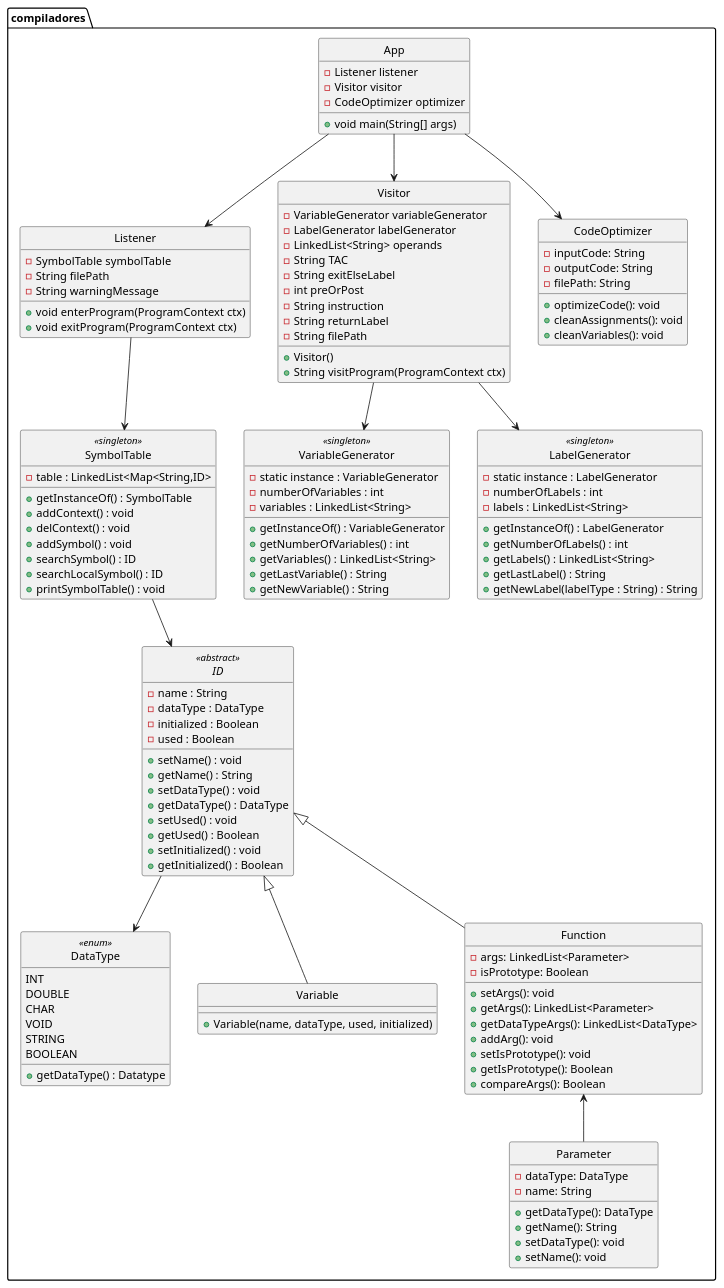
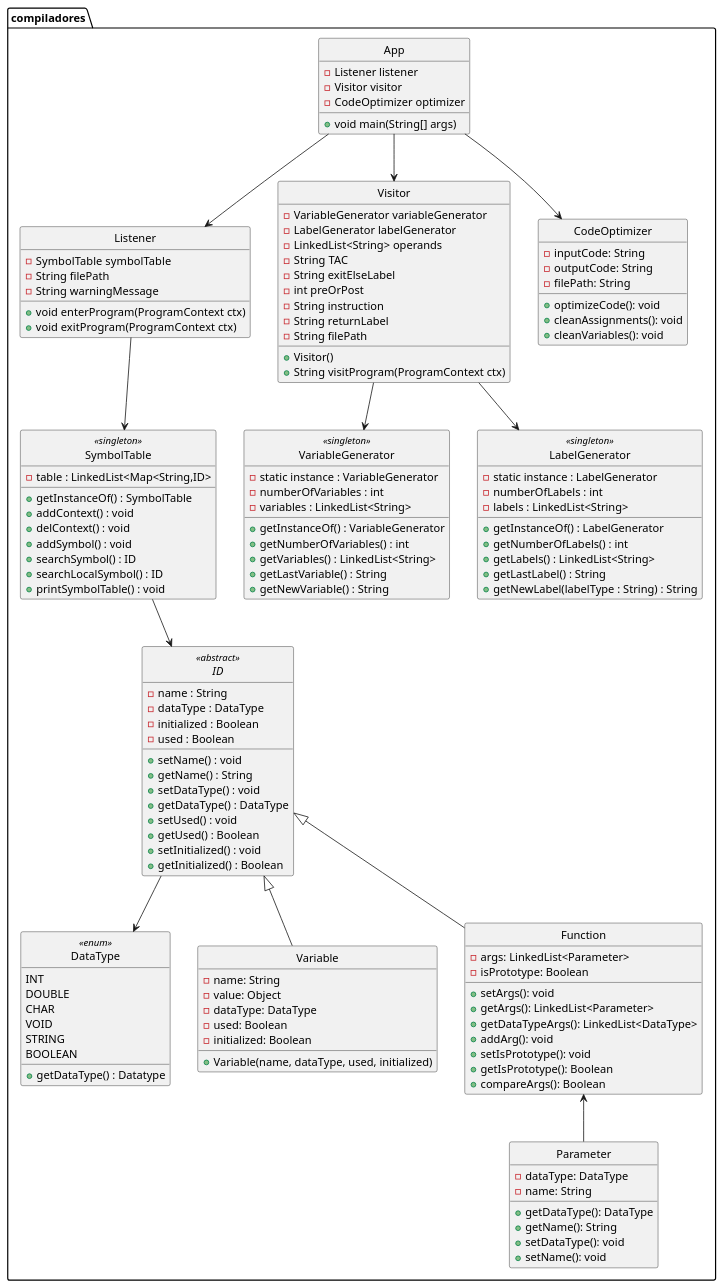
One commit to manugcr/Compiladores changed the diagram in proyectobase/UML/GeneralDiagram.puml. Above: the diagram before and after it, drawn with PlantUML. The commit also changed 4 other files, not shown here.

```diff
--- a/proyectobase/UML/GeneralDiagram.puml
+++ b/proyectobase/UML/GeneralDiagram.puml
@@ -6,153 +6,156 @@
 @startuml App
 
 hide circle
 
 class compiladores.App {
     - Listener listener
     - Visitor visitor
     - CodeOptimizer optimizer
     + void main(String[] args)
 }
 
 
 
 
 class compiladores.Listener {
     - SymbolTable symbolTable
     - String filePath
     - String warningMessage
     + void enterProgram(ProgramContext ctx)
     + void exitProgram(ProgramContext ctx)
 }
 
 
 
 
 class compiladores.Visitor {
     - VariableGenerator variableGenerator
     - LabelGenerator labelGenerator
     - LinkedList<String> operands
     - String TAC
     - String exitElseLabel
     - int preOrPost
     - String instruction
     - String returnLabel
     - String filePath
     + Visitor()
     + String visitProgram(ProgramContext ctx)
 }
 
 class compiladores.VariableGenerator <<singleton>> {
     - static instance : VariableGenerator
     - numberOfVariables : int
     - variables : LinkedList<String>
     + getInstanceOf() : VariableGenerator
     + getNumberOfVariables() : int
     + getVariables() : LinkedList<String>
     + getLastVariable() : String
     + getNewVariable() : String
 }
 
 class compiladores.LabelGenerator <<singleton>> {
     - static instance : LabelGenerator
     - numberOfLabels : int
     - labels : LinkedList<String>
     + getInstanceOf() : LabelGenerator
     + getNumberOfLabels() : int
     + getLabels() : LinkedList<String>
     + getLastLabel() : String
     + getNewLabel(labelType : String) : String
 }
 
 
 
 
 class compiladores.CodeOptimizer {
     - inputCode: String
     - outputCode: String
     - filePath: String
     + optimizeCode(): void
     + cleanAssignments(): void
     + cleanVariables(): void
 }
 
 
 
 
 class compiladores.SymbolTable <<singleton>> {
     - table : LinkedList<Map<String,ID>  
     + getInstanceOf() : SymbolTable
     + addContext() : void
     + delContext() : void
     + addSymbol() : void
     + searchSymbol() : ID
     + searchLocalSymbol() : ID
     + printSymbolTable() : void
 }
 
 enum compiladores.DataType <<enum>> {
     INT
     DOUBLE
     CHAR
     VOID 
     STRING
     BOOLEAN
     + getDataType() : Datatype
 }
 
 abstract class compiladores.ID <<abstract>> {
     - name : String
     - dataType : DataType
     - initialized : Boolean
     - used : Boolean
     + setName() : void
     + getName() : String
     + setDataType() : void
     + getDataType() : DataType
     + setUsed() : void
     + getUsed() : Boolean
     + setInitialized() : void
     + getInitialized() : Boolean
 }
 
 class compiladores.Variable {
+    - name: String
+    - value: Object
+    - dataType: DataType
+    - used: Boolean
+    - initialized: Boolean
+
     + Variable(name, dataType, used, initialized)
 }
 
 class compiladores.Function {
     - args: LinkedList<Parameter>
     - isPrototype: Boolean
     + setArgs(): void
     + getArgs(): LinkedList<Parameter>
     + getDataTypeArgs(): LinkedList<DataType>
     + addArg(): void
     + setIsPrototype(): void
     + getIsPrototype(): Boolean
     + compareArgs(): Boolean
 }
 
 class compiladores.Parameter {
     - dataType: DataType
     - name: String
     + getDataType(): DataType
     + getName(): String
     + setDataType(): void
     + setName(): void
 }
 
-
-
-
 compiladores.SymbolTable --> compiladores.ID
 compiladores.ID <|-- compiladores.Variable
 compiladores.ID <|-- compiladores.Function
 compiladores.ID --> compiladores.DataType
 compiladores.Function <-- compiladores.Parameter
 compiladores.App --> compiladores.Listener  
 compiladores.App --> compiladores.Visitor  
 compiladores.App --> compiladores.CodeOptimizer  
 compiladores.Listener --> compiladores.SymbolTable  
 compiladores.Visitor --> compiladores.VariableGenerator
 compiladores.Visitor --> compiladores.LabelGenerator
 
 @enduml
```
